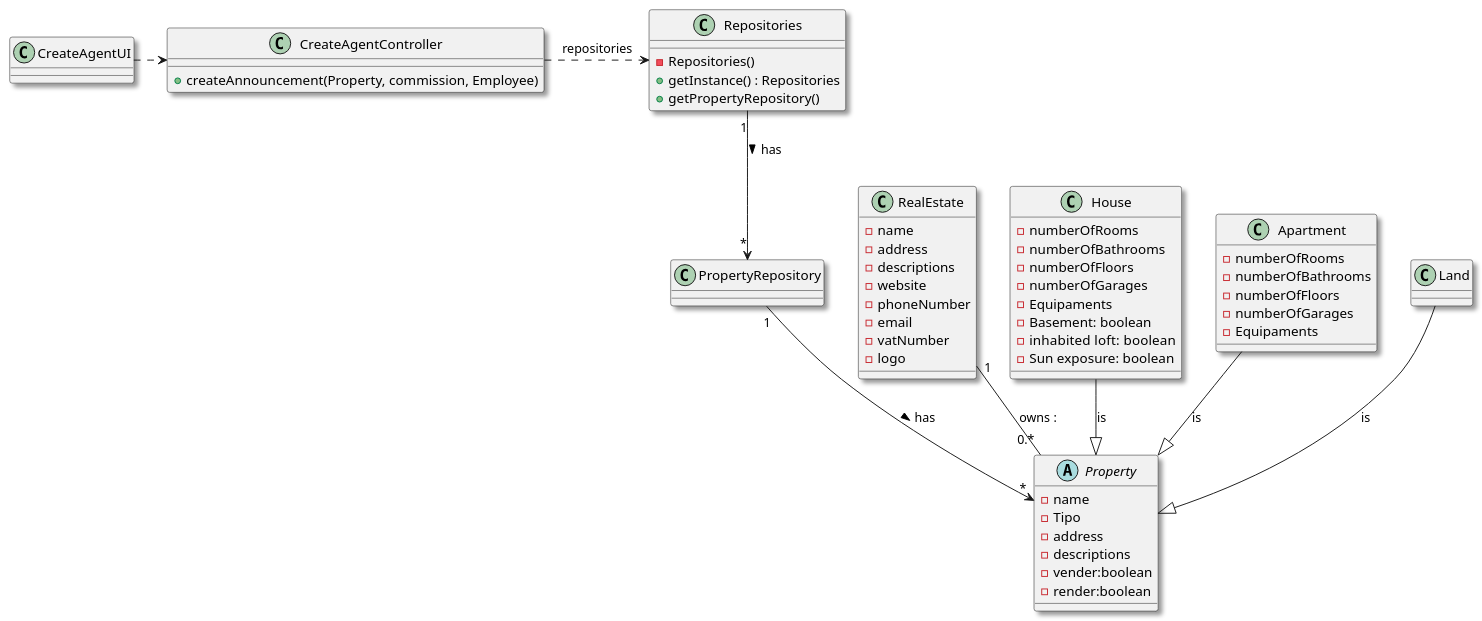
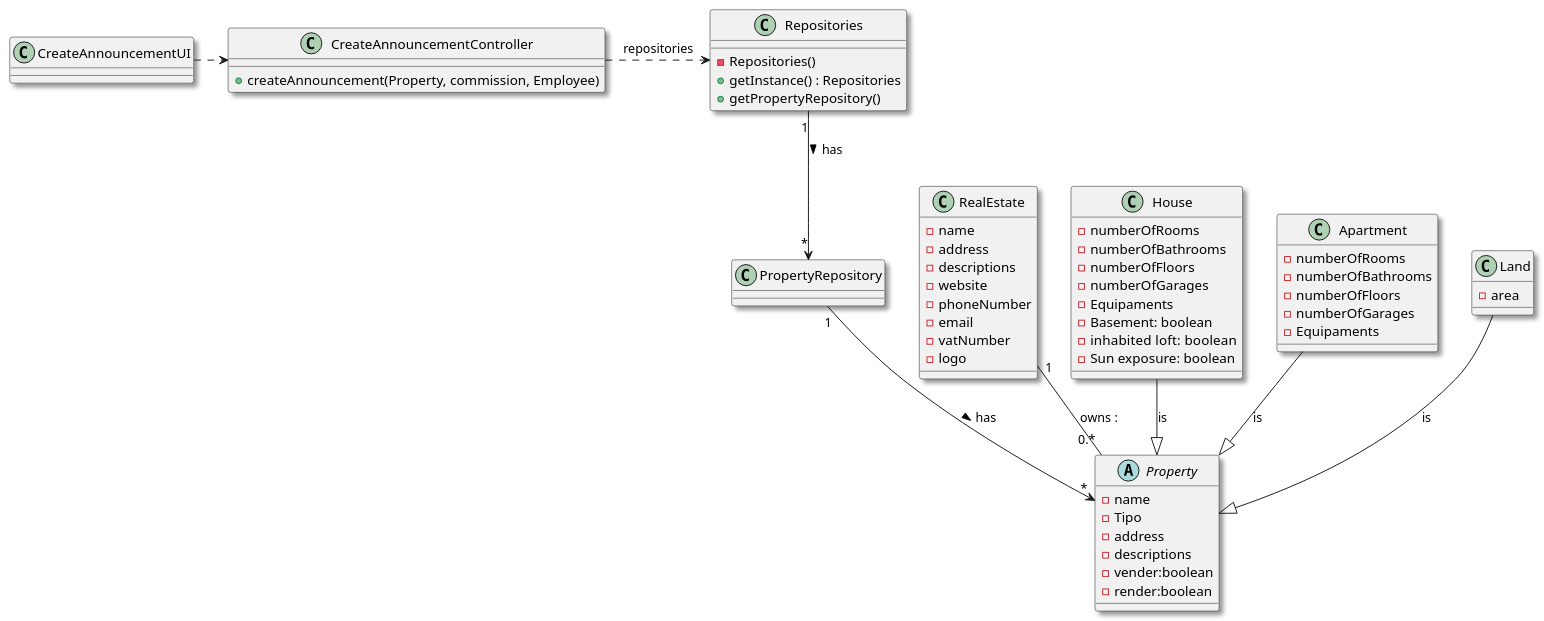
The diagram in lei-22-s2-1do-g68/docs/SprintB/us002/03.design/puml/us002-class-diagram.puml (hugosilva2901/lei-22-s2-1DO-g68), drawn with PlantUML before and after one commit. The commit also changed 5 other files, not shown here.

Commit message:
Criaçao das classes base land property apartment house e pequena musança nos diagramas de sequencia

```diff
--- a/lei-22-s2-1do-g68/docs/SprintB/us002/03.design/puml/us002-class-diagram.puml
+++ b/lei-22-s2-1do-g68/docs/SprintB/us002/03.design/puml/us002-class-diagram.puml
@@ -1,75 +1,76 @@
 @startuml
 skinparam monochrome false
 skinparam packageStyle rectangle
 skinparam shadowing true
 top to bottom direction
 
 skinparam classAttributeIconSize "2"
 
 
 class RealEstate {
     - name
     - address
     - descriptions
     - website
     - phoneNumber
     - email
     - vatNumber
     - logo
 }
 class House{
     - numberOfRooms
     - numberOfBathrooms
     - numberOfFloors
     - numberOfGarages
     - Equipaments
     - Basement: boolean
     - inhabited  loft: boolean
     - Sun exposure: boolean
 }
 class Apartment{
     - numberOfRooms
     - numberOfBathrooms
     - numberOfFloors
     - numberOfGarages
     - Equipaments
 
 }
 class Land{
+    - area
 }
 abstract class Property {
     - name
     - Tipo
     - address
     - descriptions
     - vender:boolean
     - render:boolean
 }
 
 class Repositories {
     - Repositories()
     + getInstance() : Repositories
     + getPropertyRepository()
 
 }
-class CreateAgentUI{
+class CreateAnnouncementUI{
 }
 
-class CreateAgentController{
+class CreateAnnouncementController{
     + createAnnouncement(Property, commission, Employee)
 }
 class PropertyRepository{
 
 }
 
-CreateAgentUI .> CreateAgentController
-CreateAgentController .> Repositories : repositories
+CreateAnnouncementUI .> CreateAnnouncementController
+CreateAnnouncementController .> Repositories : repositories
 Repositories "1" --> "*" PropertyRepository : has >
 PropertyRepository "1" --> "*" Property : has >
 House  --|>  Property  : is
 Apartment  --|>  Property : is
 Land  --|>  Property : is
 RealEstate "1"--"0.*" Property: owns :
 
 
 @enduml
```
